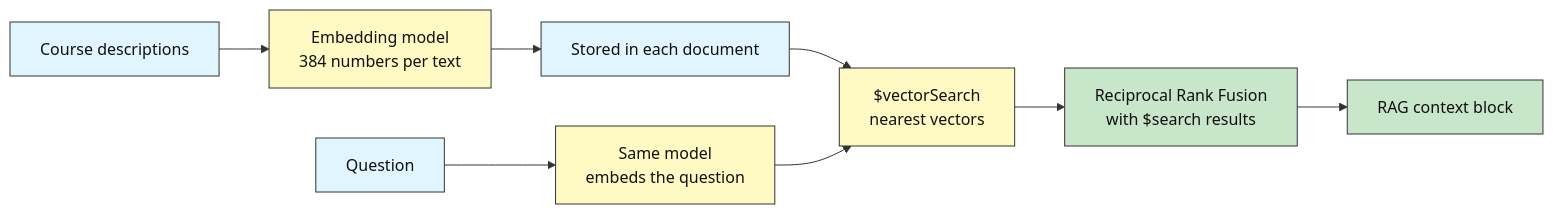
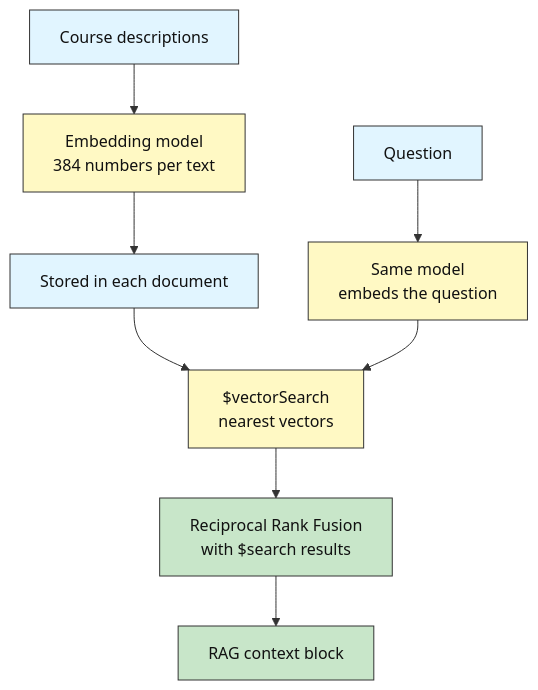
The third of 3 diagrams in MongoDB-Labs/Section 5 - Search and AI/Lab 4C - Atlas Search and Vector Search/lab-4c-atlas-search-vector-search.md (CogKnowEdge-Solutions/Context-Memory-Layer), drawn with Mermaid before and after one commit. The commit also changed other lines of this file and 106 other files, not shown here.

````diff
--- a/MongoDB-Labs/Section 5 - Search and AI/Lab 4C - Atlas Search and Vector Search/lab-4c-atlas-search-vector-search.md
+++ b/MongoDB-Labs/Section 5 - Search and AI/Lab 4C - Atlas Search and Vector Search/lab-4c-atlas-search-vector-search.md
@@ -49,19 +121,19 @@
 ```mermaid
-flowchart LR
+flowchart TB
     D["Course descriptions"] --> EM["Embedding model<br/>384 numbers per text"]
     EM --> V["Stored in each document"]
     Q["Question"] --> QE["Same model<br/>embeds the question"]
     V --> VS["$vectorSearch<br/>nearest vectors"]
     QE --> VS
     VS --> F["Reciprocal Rank Fusion<br/>with $search results"]
     F --> P["RAG context block"]
 
     style D fill:#e1f5ff,stroke:#333333,stroke-width:1px,color:#111111
     style EM fill:#fff9c4,stroke:#333333,stroke-width:1px,color:#111111
     style V fill:#e1f5ff,stroke:#333333,stroke-width:1px,color:#111111
     style Q fill:#e1f5ff,stroke:#333333,stroke-width:1px,color:#111111
     style QE fill:#fff9c4,stroke:#333333,stroke-width:1px,color:#111111
     style VS fill:#fff9c4,stroke:#333333,stroke-width:1px,color:#111111
     style F fill:#c8e6c9,stroke:#333333,stroke-width:1px,color:#111111
     style P fill:#c8e6c9,stroke:#333333,stroke-width:1px,color:#111111
 ```
````
